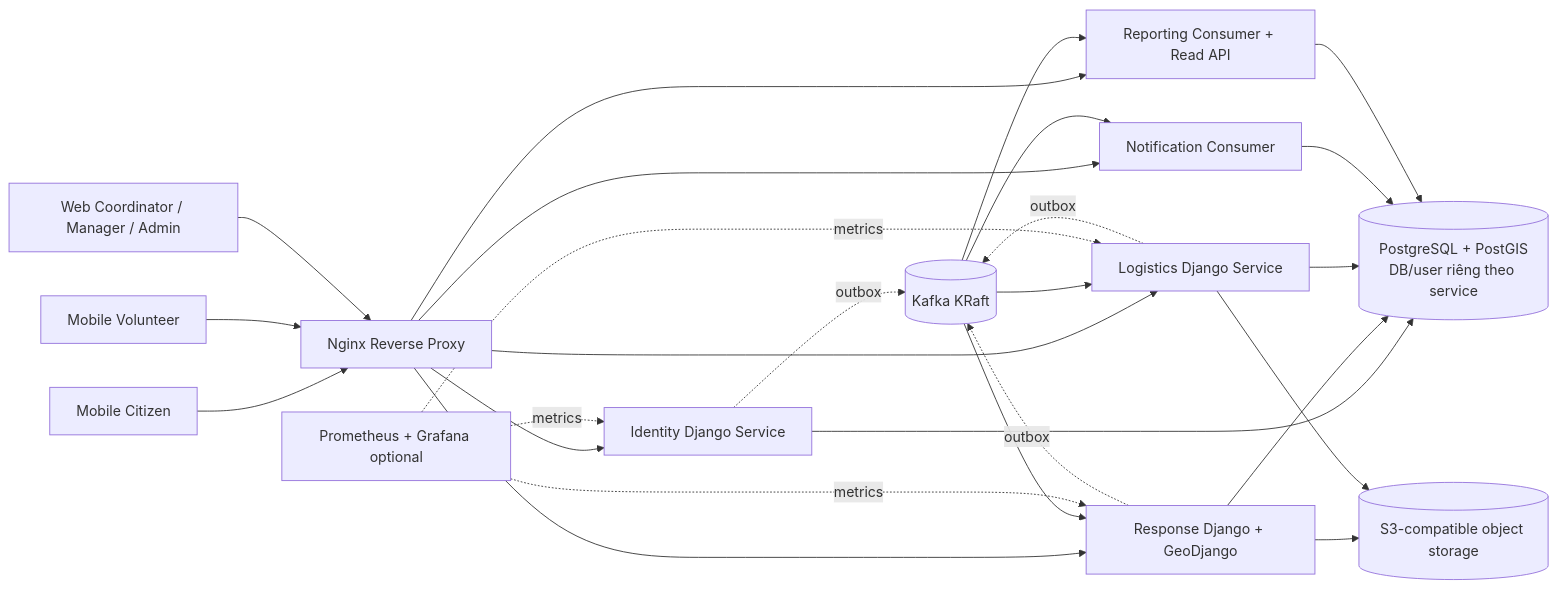
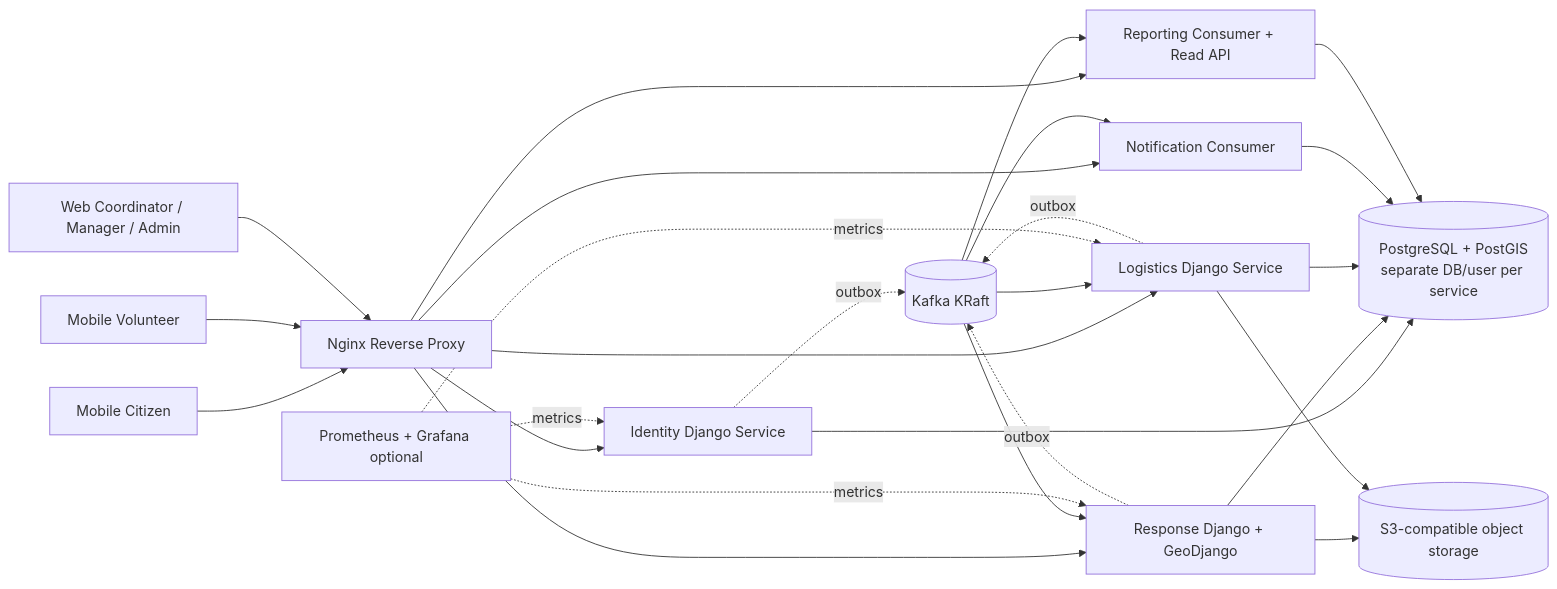
Before and after one commit to sangvirgo/disaster-relief-management: the first of 5 diagrams in docs/c48-technology-and-delivery-plan.md, drawn with Mermaid. The commit also changed other lines of this file and 3 other files, not shown here.

````diff
--- a/docs/c48-technology-and-delivery-plan.md
+++ b/docs/c48-technology-and-delivery-plan.md
@@ -131,42 +148,42 @@
 ```mermaid
 flowchart LR
   Citizen[Mobile Citizen]
   Volunteer[Mobile Volunteer]
   Staff[Web Coordinator / Manager / Admin]
   Nginx[Nginx Reverse Proxy]
   Identity[Identity Django Service]
   Response[Response Django + GeoDjango]
   Logistics[Logistics Django Service]
   Notification[Notification Consumer]
   Reporting[Reporting Consumer + Read API]
-  PG[(PostgreSQL + PostGIS<br/>DB/user riêng theo service)]
+  PG[(PostgreSQL + PostGIS<br/>separate DB/user per service)]
   Kafka[(Kafka KRaft)]
   S3[(S3-compatible object storage)]
   Obs[Prometheus + Grafana optional]
 
   Citizen --> Nginx
   Volunteer --> Nginx
   Staff --> Nginx
   Nginx --> Identity
   Nginx --> Response
   Nginx --> Logistics
   Nginx --> Notification
   Nginx --> Reporting
   Identity --> PG
   Response --> PG
   Logistics --> PG
   Notification --> PG
   Reporting --> PG
   Response --> S3
   Logistics --> S3
   Identity -. outbox .-> Kafka
   Response -. outbox .-> Kafka
   Logistics -. outbox .-> Kafka
   Kafka --> Notification
   Kafka --> Reporting
   Kafka --> Response
   Kafka --> Logistics
   Obs -. metrics .-> Identity
   Obs -. metrics .-> Response
   Obs -. metrics .-> Logistics
 ```
````
